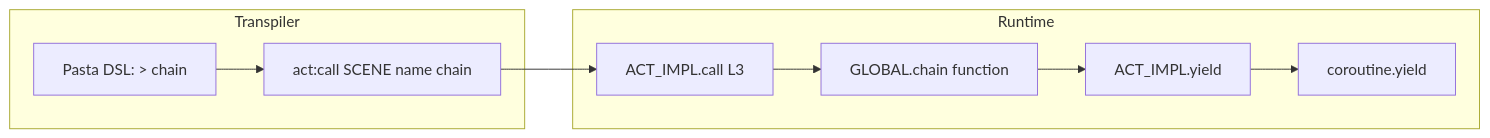
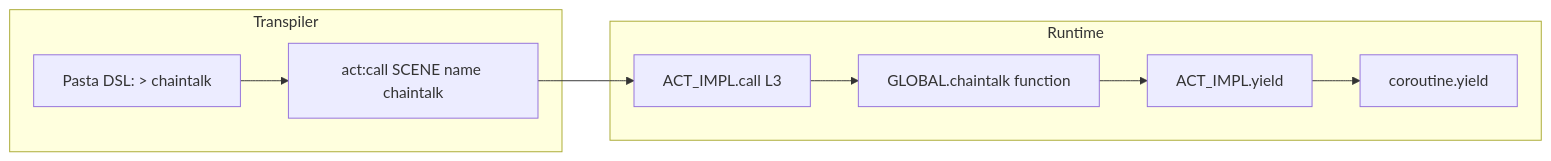
The first of 2 diagrams in .kiro/specs/yield-continuation-token/design.md (ekicyou/pasta), drawn with Mermaid before and after one commit. The commit also changed other lines of this file and 3 other files, not shown here.

````diff
--- a/.kiro/specs/yield-continuation-token/design.md
+++ b/.kiro/specs/yield-continuation-token/design.md
@@ -38,18 +38,18 @@
 ```mermaid
 graph LR
     subgraph Transpiler
-        DSL["Pasta DSL: > chain"]
-        LUA["act:call SCENE name chain"]
+        DSL["Pasta DSL: > chaintalk"]
+        LUA["act:call SCENE name chaintalk"]
     end
     subgraph Runtime
         CALL["ACT_IMPL.call L3"]
-        GLOBAL["GLOBAL.chain function"]
+        GLOBAL["GLOBAL.chaintalk function"]
         YIELD["ACT_IMPL.yield"]
         CO["coroutine.yield"]
     end
     DSL --> LUA
     LUA --> CALL
     CALL --> GLOBAL
     GLOBAL --> YIELD
     YIELD --> CO
 ```
````
